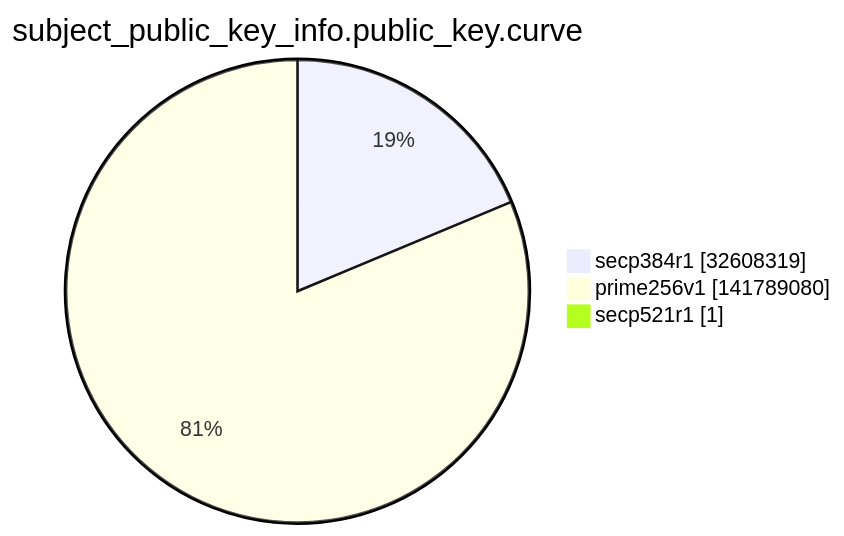
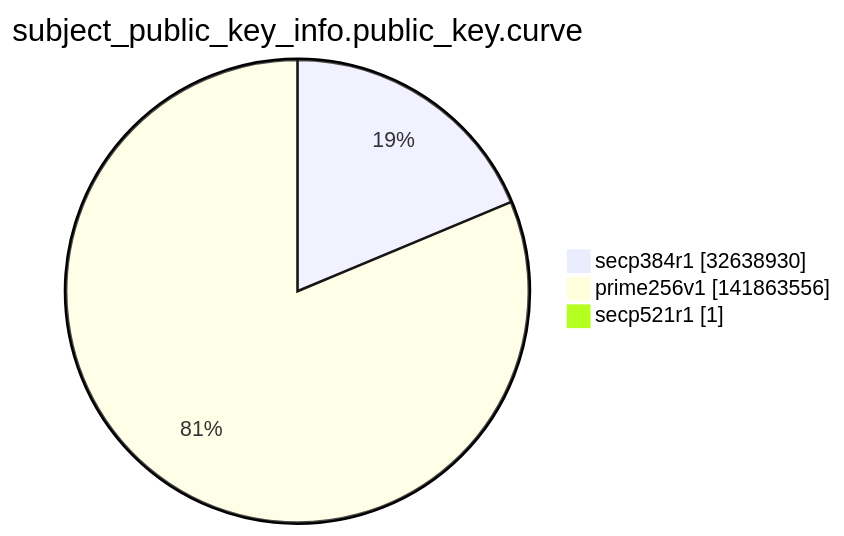
Before and after one commit to christiankrug/ctmonitor_visualization: the ninth of 15 diagrams in argon2022/README.md, drawn with Mermaid. The commit also changed other lines of this file, not shown here.

````diff
--- a/argon2022/README.md
+++ b/argon2022/README.md
@@ -2763,7 +2763,7 @@
 ```mermaid
 pie showData
 title subject_public_key_info.public_key.curve
-"secp384r1" :32608319
-"prime256v1" :141789080
+"secp384r1" :32638930
+"prime256v1" :141863556
 "secp521r1" :1
 ```
````
